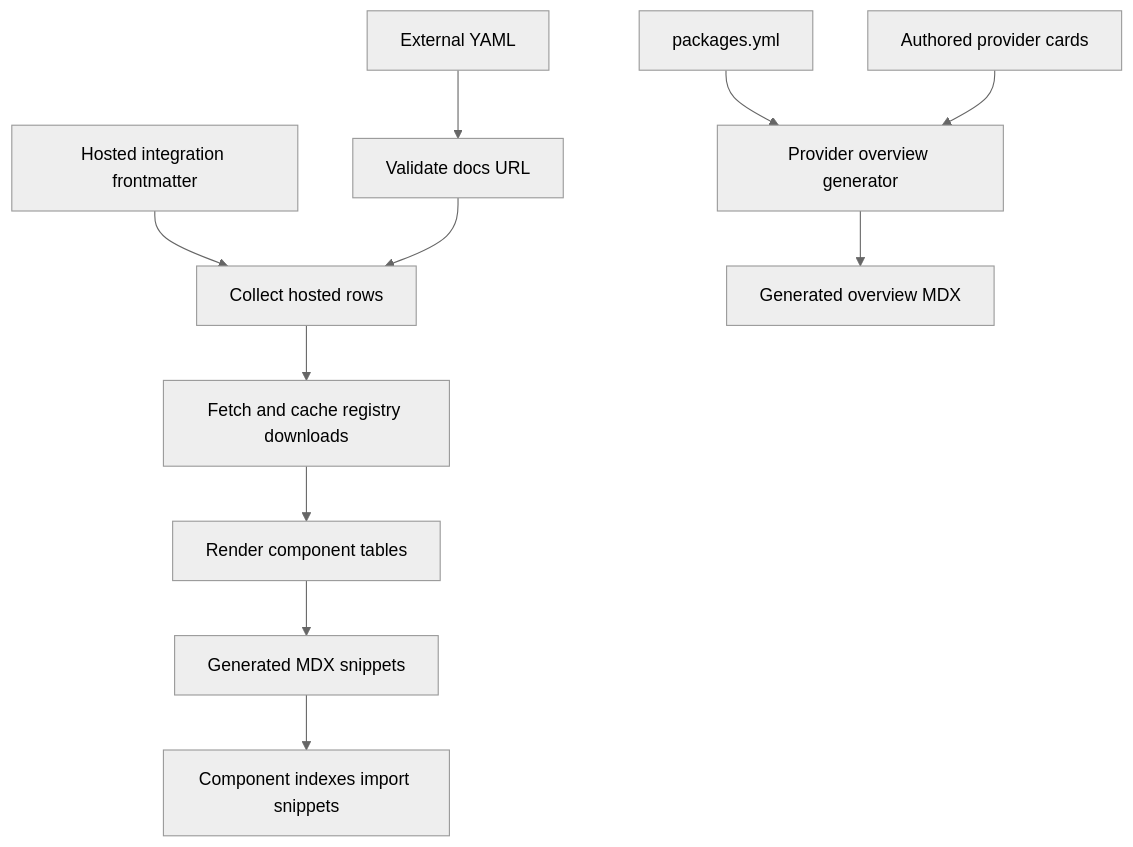
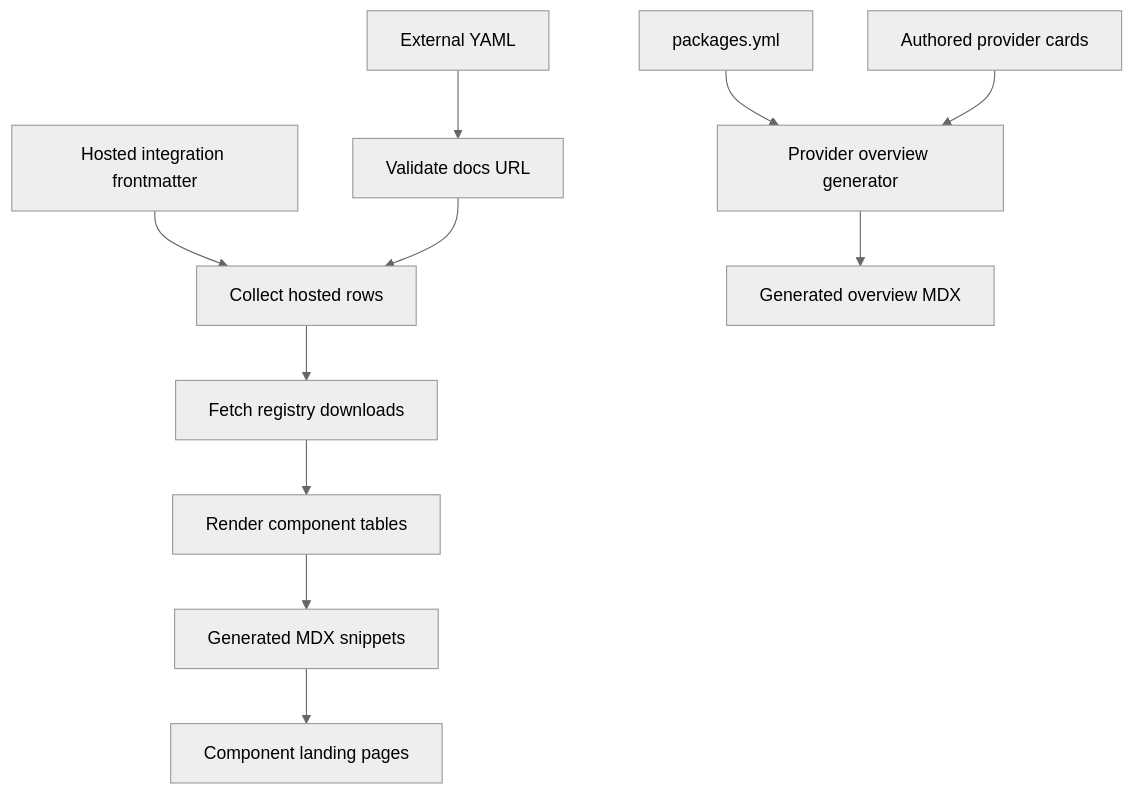
One commit to langchain-ai/docs changed the first of 3 diagrams in openwiki/workflows/integration-listing-automation.md. Above: the diagram before and after it, drawn with Mermaid (neutral theme). The commit also changed other lines of this file and 30 other files, not shown here.

````diff
--- a/openwiki/workflows/integration-listing-automation.md
+++ b/openwiki/workflows/integration-listing-automation.md
@@ -63,13 +62,13 @@
 ```mermaid
 flowchart TD
     External["External YAML"] --> Validate["Validate docs URL"]
     Hosted["Hosted integration frontmatter"] --> Collect["Collect hosted rows"]
     Validate --> Collect
-    Collect --> Fetch["Fetch and cache registry downloads"]
+    Collect --> Fetch["Fetch registry downloads"]
     Fetch --> Render["Render component tables"]
     Render --> Snippets["Generated MDX snippets"]
-    Snippets --> Indexes["Component indexes import snippets"]
+    Snippets --> Landing["Component landing pages"]
     Packages["packages.yml"] --> Overview["Provider overview generator"]
     Cards["Authored provider cards"] --> Overview
-    Overview --> Output["Generated overview MDX"]
+    Overview --> Generated["Generated overview MDX"]
 ```
````
